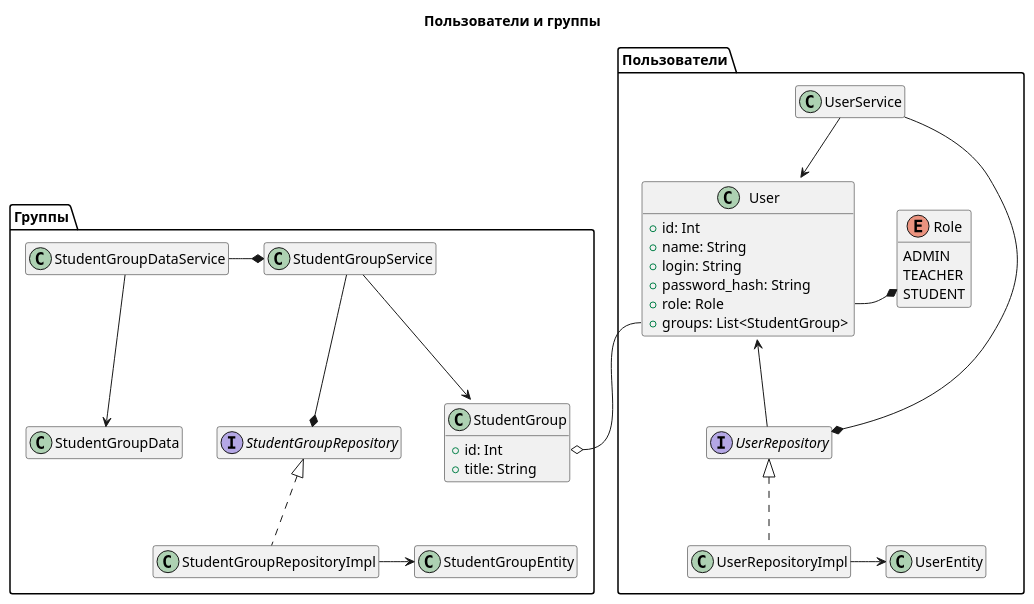
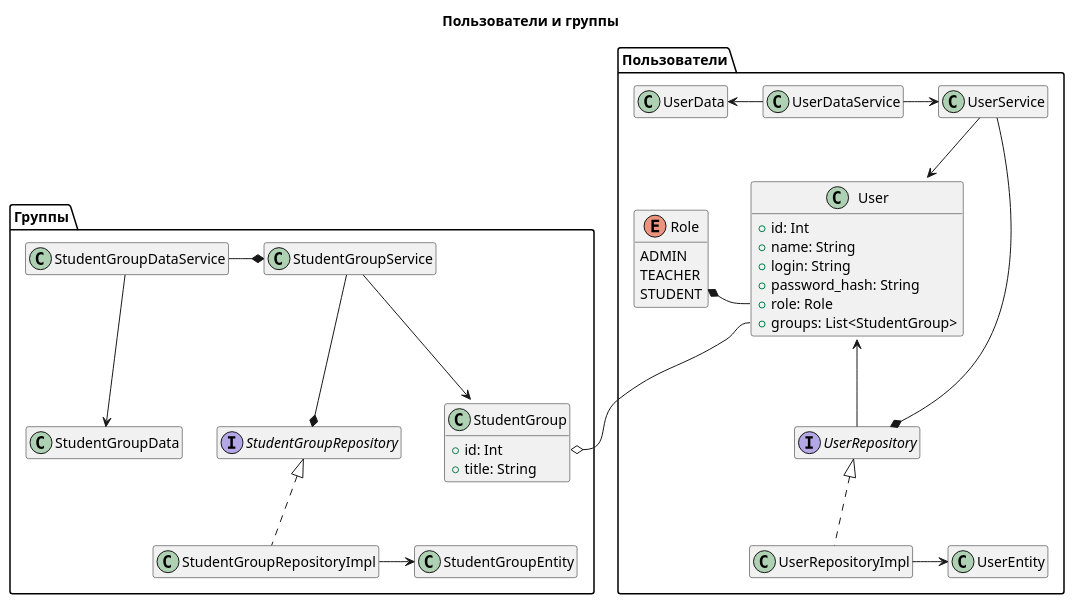
The diagram in src/main/docs/classes_user_and_groups.puml (hyposun/deppplom), drawn with PlantUML before and after one commit.

Commit message:
chg: актуализации схем

```diff
--- a/src/main/docs/classes_user_and_groups.puml
+++ b/src/main/docs/classes_user_and_groups.puml
@@ -1,71 +1,78 @@
 @startuml
 
 hide empty members
 allowmixing
 
 title "Пользователи и группы"
 
 package "Группы" as groups {
 
     class StudentGroupService
     interface StudentGroupRepository
 
     class StudentGroup {
         + id: Int
         + title: String
     }
 
 
     StudentGroupService --> StudentGroup
 
     class StudentGroupRepositoryImpl implements StudentGroupRepository
     class StudentGroupEntity
     StudentGroupRepositoryImpl -> StudentGroupEntity
 
     StudentGroupService --* StudentGroupRepository
 
     class StudentGroupDataService
     StudentGroupDataService -* StudentGroupService
     class StudentGroupData
     StudentGroupDataService --> StudentGroupData
 
 }
 
 package "Пользователи" as users {
+
+    class UserDataService
+    class UserData
+
+'    UserDataService --> UserData
+    UserData <- UserDataService
+    UserDataService -> UserService
 
     class UserService
     interface UserRepository
 
     class User {
         + id: Int
         + name: String
         + login: String
         + password_hash: String
         + role: Role
         + groups: List<StudentGroup>
     }
 
     enum Role {
         ADMIN
         TEACHER
         STUDENT
     }
 
 
     Role *- User::role
     User::groups --o groups.StudentGroup::id
     User <-- UserRepository
 
     class UserRepositoryImpl implements UserRepository
     class UserRepositoryImpl
     class UserEntity
 
     UserRepositoryImpl -> UserEntity
 
     UserService --* UserRepository
     UserService --> User
 
 
 }
 
 @enduml
```
